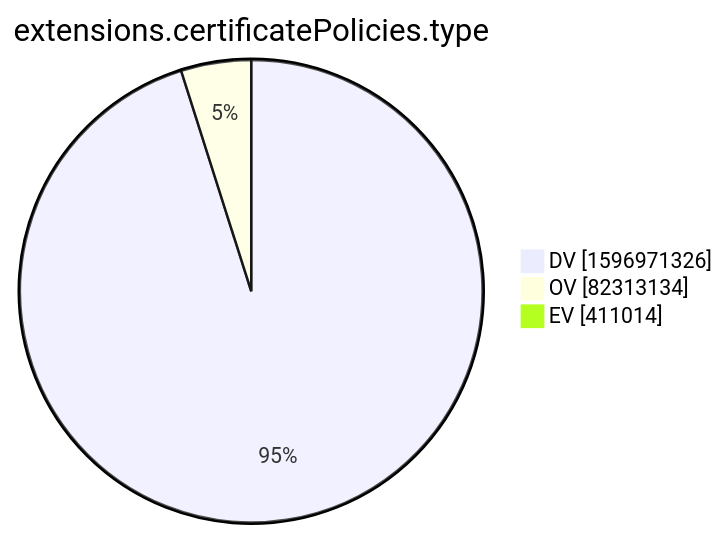
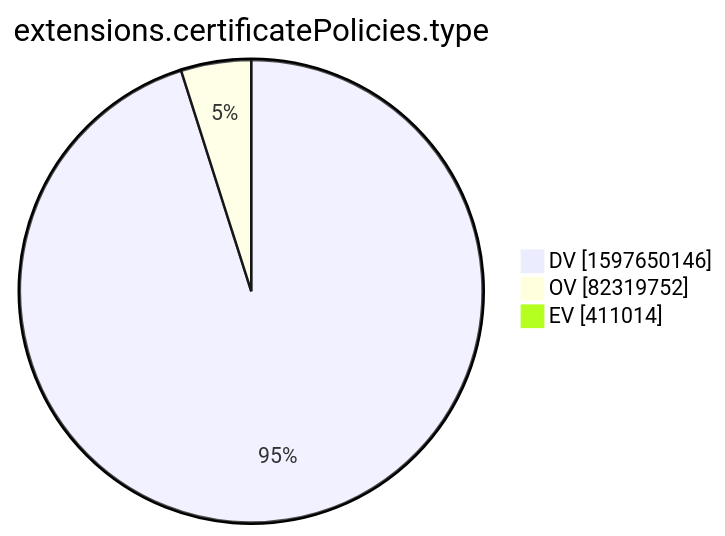
The tenth of 15 diagrams in xenon2022/README.md (christiankrug/ctmonitor_visualization), drawn with Mermaid before and after one commit. The commit also changed other lines of this file, not shown here.

````diff
--- a/xenon2022/README.md
+++ b/xenon2022/README.md
@@ -2878,7 +2878,7 @@
 ```mermaid
 pie showData
 title extensions.certificatePolicies.type
-"DV" :1596971326
-"OV" :82313134
+"DV" :1597650146
+"OV" :82319752
 "EV" :411014
 ```
````
